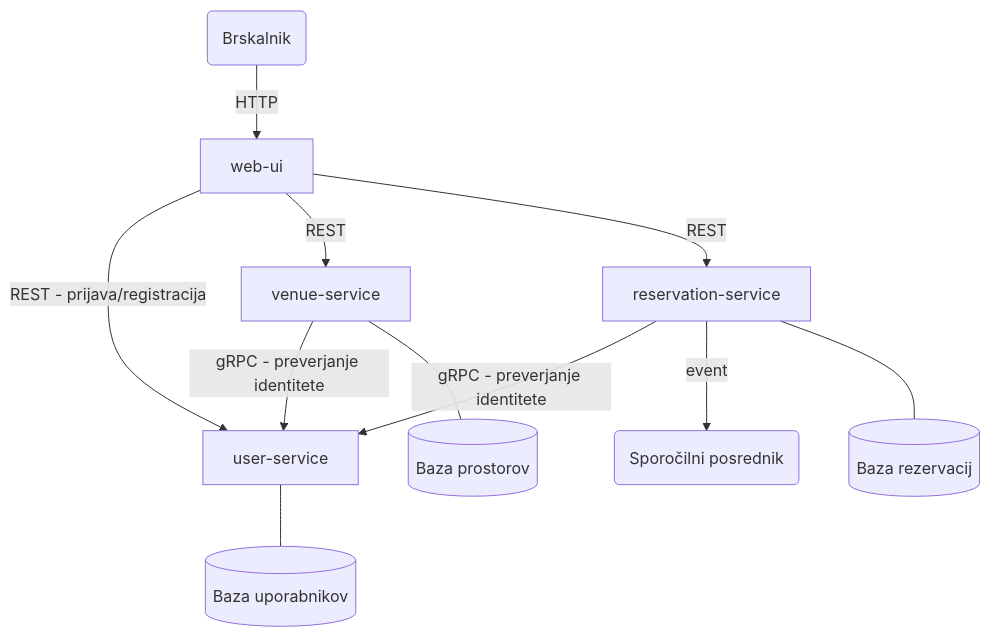
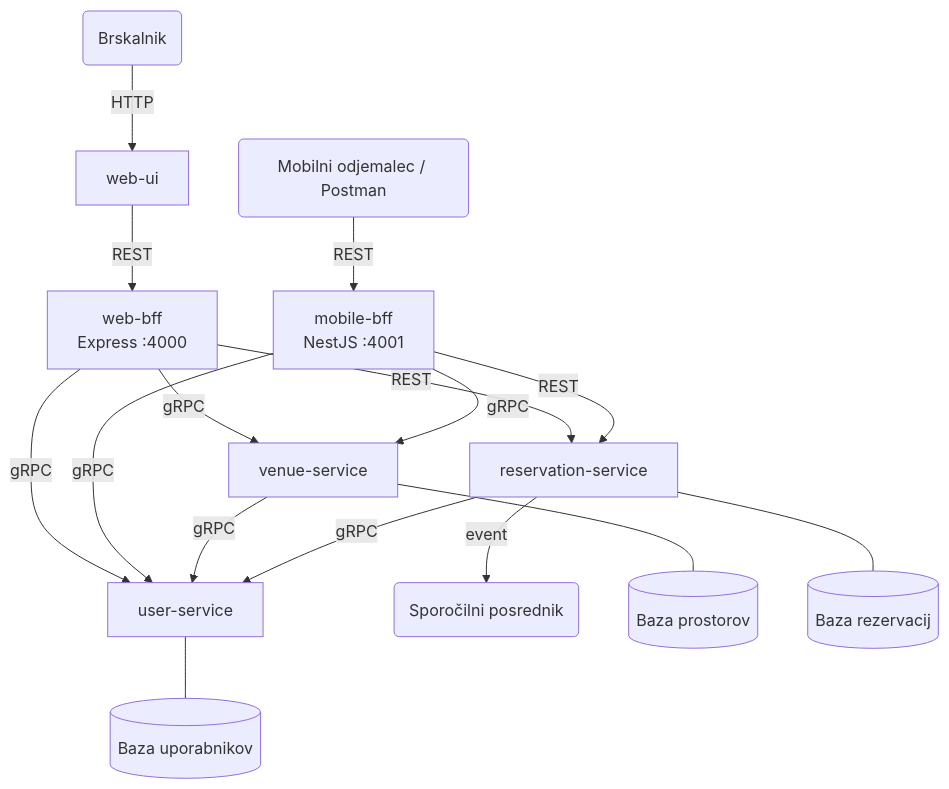
One commit to brinpsunder/venue-rental changed the diagram in README.md. Above: the diagram before and after it, drawn with Mermaid. The commit also changed other lines of this file and 7 other files, not shown here.

````diff
--- a/README.md
+++ b/README.md
@@ -21,19 +25,26 @@
 ```mermaid
 graph TD
     Browser(Brskalnik)
+    Mobile(Mobilni odjemalec / Postman)
 
     Browser -->|HTTP| WebUI[web-ui]
+    WebUI -->|REST| WebBFF[web-bff<br/>Express :4000]
+    Mobile -->|REST| MobileBFF[mobile-bff<br/>NestJS :4001]
 
-    WebUI -->|REST - prijava/registracija| UserService[user-service]
-    WebUI -->|REST| VenueService[venue-service]
-    WebUI -->|REST| ReservationService[reservation-service]
+    WebBFF -->|gRPC| UserService[user-service]
+    WebBFF -->|gRPC| VenueService[venue-service]
+    WebBFF -->|REST| ReservationService[reservation-service]
 
-    VenueService -->|gRPC - preverjanje identitete| UserService
-    ReservationService -->|gRPC - preverjanje identitete| UserService
+    MobileBFF -->|gRPC| UserService
+    MobileBFF -->|gRPC| VenueService
+    MobileBFF -->|REST| ReservationService
+
+    VenueService -->|gRPC| UserService
+    ReservationService -->|gRPC| UserService
 
     ReservationService -->|event| Broker(Sporočilni posrednik)
 
     UserService --- DB1[(Baza uporabnikov)]
     VenueService --- DB2[(Baza prostorov)]
     ReservationService --- DB3[(Baza rezervacij)]
 ```
````
